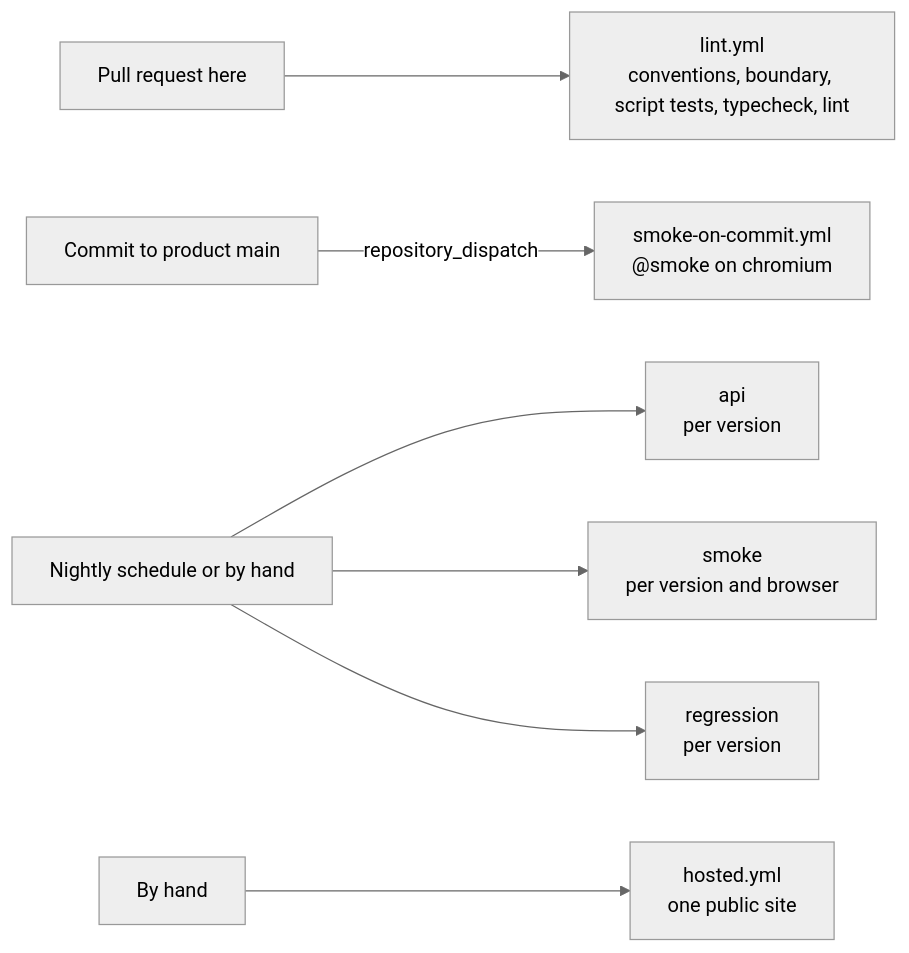
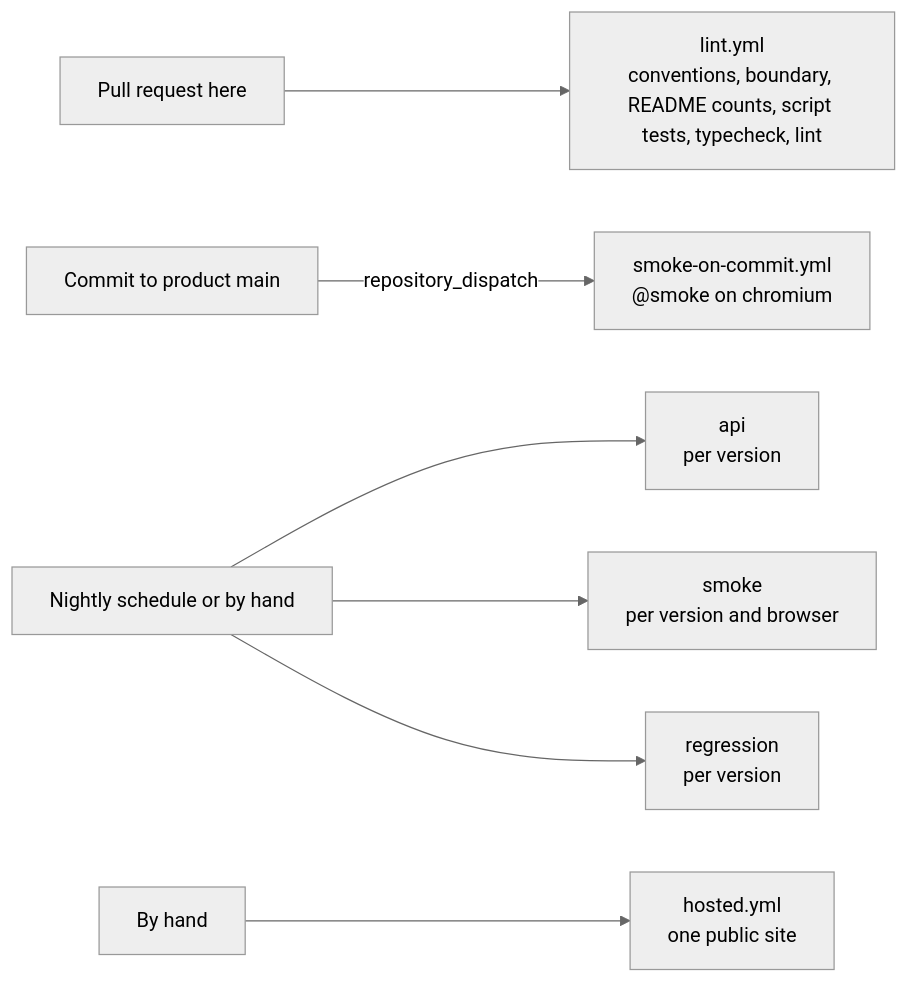
One commit to AndreyPilipchenko/sample-playwright-framework changed the second of 2 diagrams in README.md. Above: the diagram before and after it, drawn with Mermaid (neutral theme). The commit also changed other lines of this file and 2 other files, not shown here.

````diff
--- a/README.md
+++ b/README.md
@@ -114,9 +114,9 @@
 ```mermaid
 flowchart LR
-    pr["Pull request here"] --> lint["lint.yml<br/>conventions, boundary, script tests, typecheck, lint"]
+    pr["Pull request here"] --> lint["lint.yml<br/>conventions, boundary, README counts, script tests, typecheck, lint"]
     push["Commit to product main"] -->|repository_dispatch| commit["smoke-on-commit.yml<br/>@smoke on chromium"]
     nightly["Nightly schedule or by hand"] --> api["api<br/>per version"]
     nightly --> smoke["smoke<br/>per version and browser"]
     nightly --> regression["regression<br/>per version"]
     manual["By hand"] --> hosted["hosted.yml<br/>one public site"]
 ```
````
